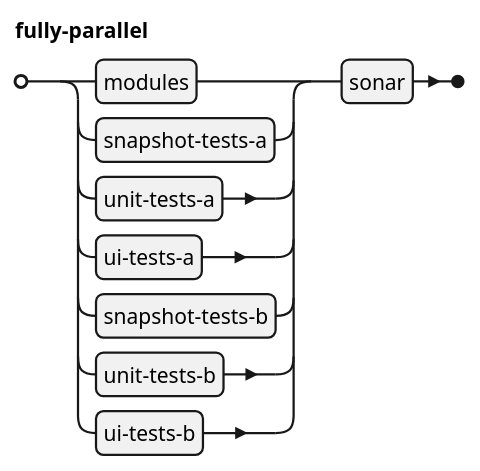
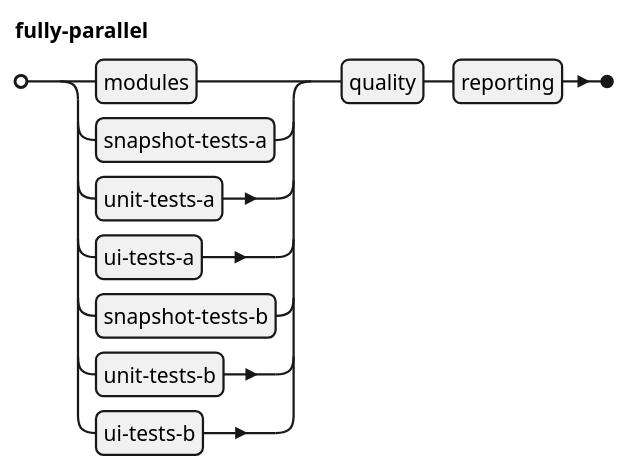
The diagram in samples/.md/fully-parallel.puml (kronenthaler/gha-simulator-cli), drawn with PlantUML before and after one commit. The commit also changed 13 other files, not shown here.

```diff
--- a/samples/.md/fully-parallel.puml
+++ b/samples/.md/fully-parallel.puml
@@ -1,7 +1,7 @@
 @startebnf
 
 fully-parallel = ((modules |
     snapshot-tests-a | unit-tests-a | ui-tests-a |
-    snapshot-tests-b | unit-tests-b | ui-tests-b)), sonar;
+    snapshot-tests-b | unit-tests-b | ui-tests-b)), quality, reporting;
 
 @endebnf
```
